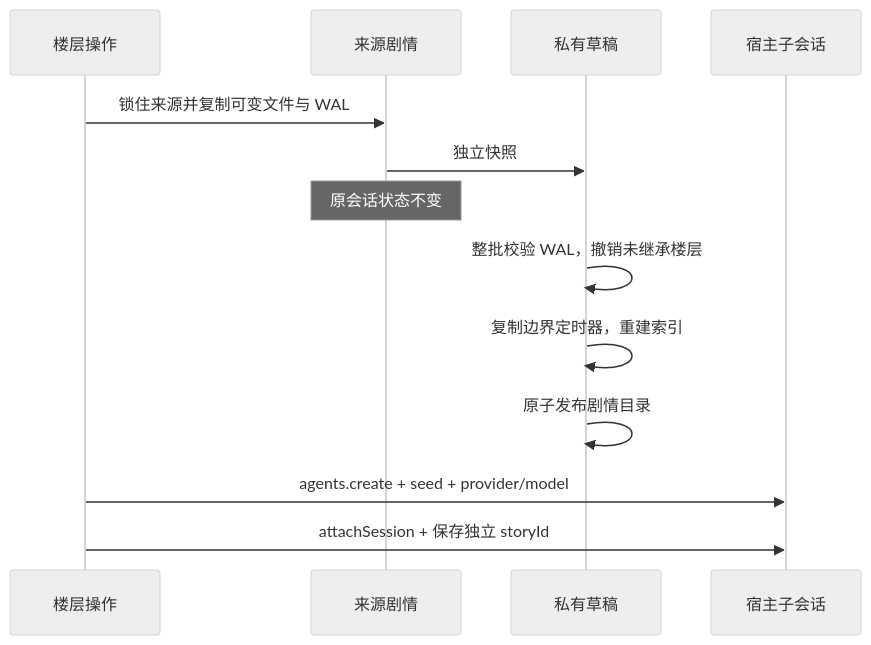
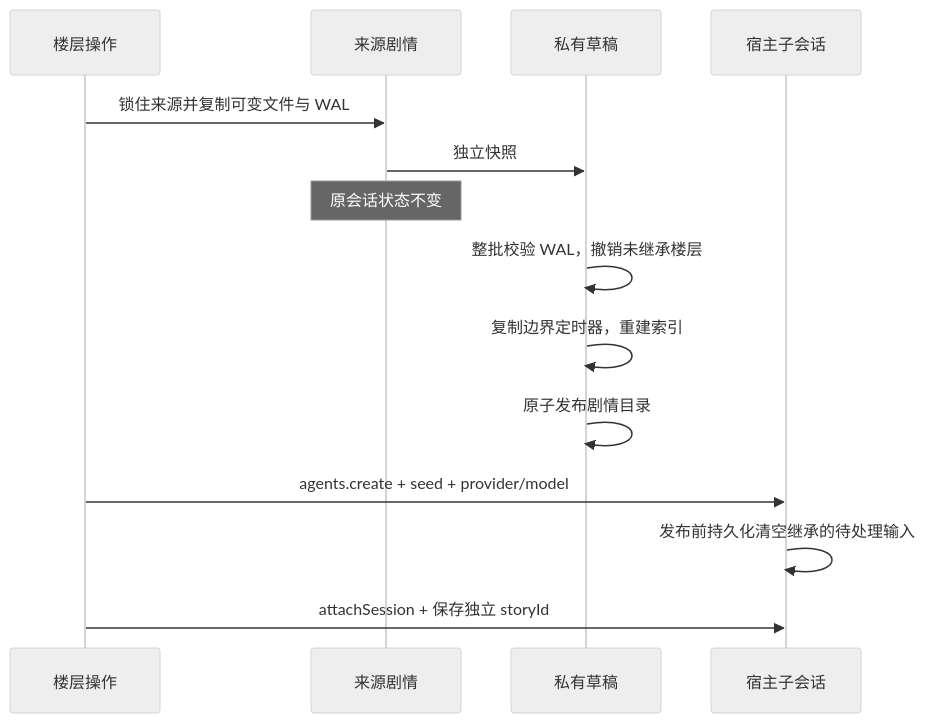
One commit to Amakurai/dsh-liketavern changed the diagram in docs/ARCHITECTURE.md. Above: the diagram before and after it, drawn with Mermaid (neutral theme). The commit also changed other lines of this file and 183 other files, not shown here.

````diff
--- a/docs/ARCHITECTURE.md
+++ b/docs/ARCHITECTURE.md
@@ -25,15 +25,16 @@
 ```mermaid
 sequenceDiagram
   participant UI as 楼层操作
   participant S as 来源剧情
   participant D as 私有草稿
   participant H as 宿主子会话
   UI->>S: 锁住来源并复制可变文件与 WAL
   S->>D: 独立快照
   Note over S: 原会话状态不变
   D->>D: 整批校验 WAL，撤销未继承楼层
   D->>D: 复制边界定时器，重建索引
   D->>D: 原子发布剧情目录
   UI->>H: agents.create + seed + provider/model
+  H->>H: 发布前持久化清空继承的待处理输入
   UI->>H: attachSession + 保存独立 storyId
 ```
````
